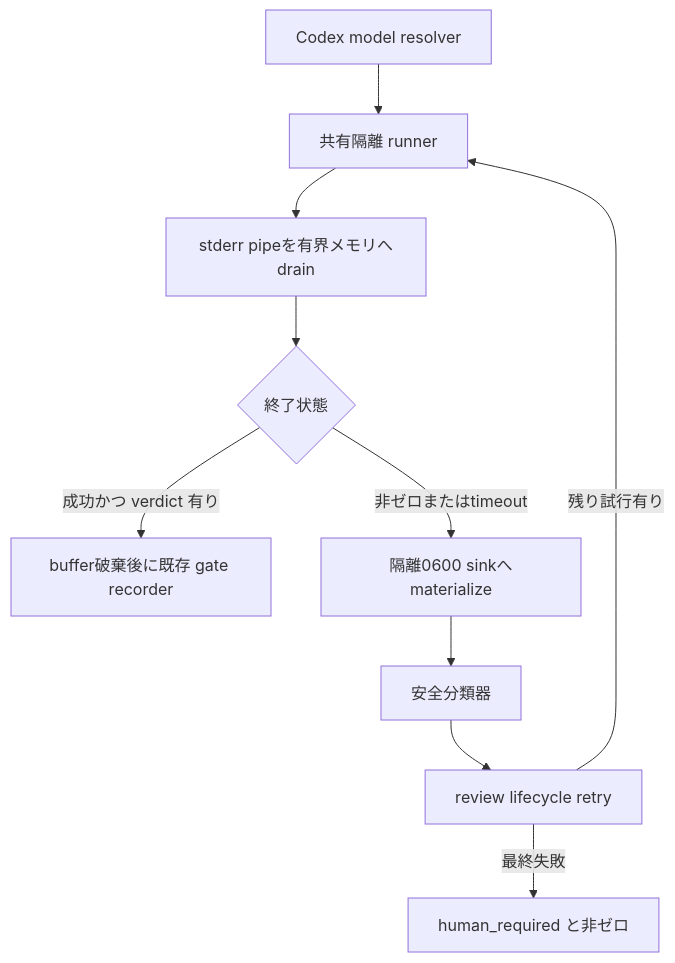
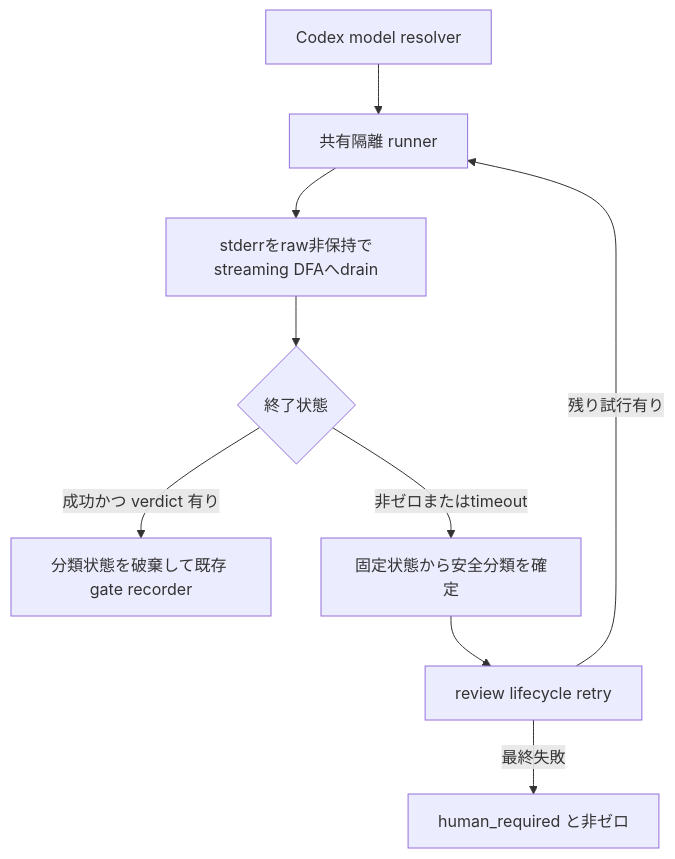
The diagram in DESIGN.md (techbeansjp-free/AGENTS.md), drawn with Mermaid before and after one commit. The commit also changed other lines of this file and 2 other files, not shown here.

````diff
--- a/DESIGN.md
+++ b/DESIGN.md
@@ -51,12 +50,11 @@
 ```mermaid
 flowchart TD
   A[Codex model resolver] --> B[共有隔離 runner]
-  B --> C[stderr pipeを有界メモリへdrain]
+  B --> C[stderrをraw非保持でstreaming DFAへdrain]
   C --> D{終了状態}
-  D -->|成功かつ verdict 有り| E[buffer破棄後に既存 gate recorder]
-  D -->|非ゼロまたはtimeout| F[隔離0600 sinkへmaterialize]
-  F --> G[安全分類器]
+  D -->|成功かつ verdict 有り| E[分類状態を破棄して既存 gate recorder]
+  D -->|非ゼロまたはtimeout| G[固定状態から安全分類を確定]
   G --> H[review lifecycle retry]
   H -->|残り試行有り| B
   H -->|最終失敗| I[human_required と非ゼロ]
 ```
````
